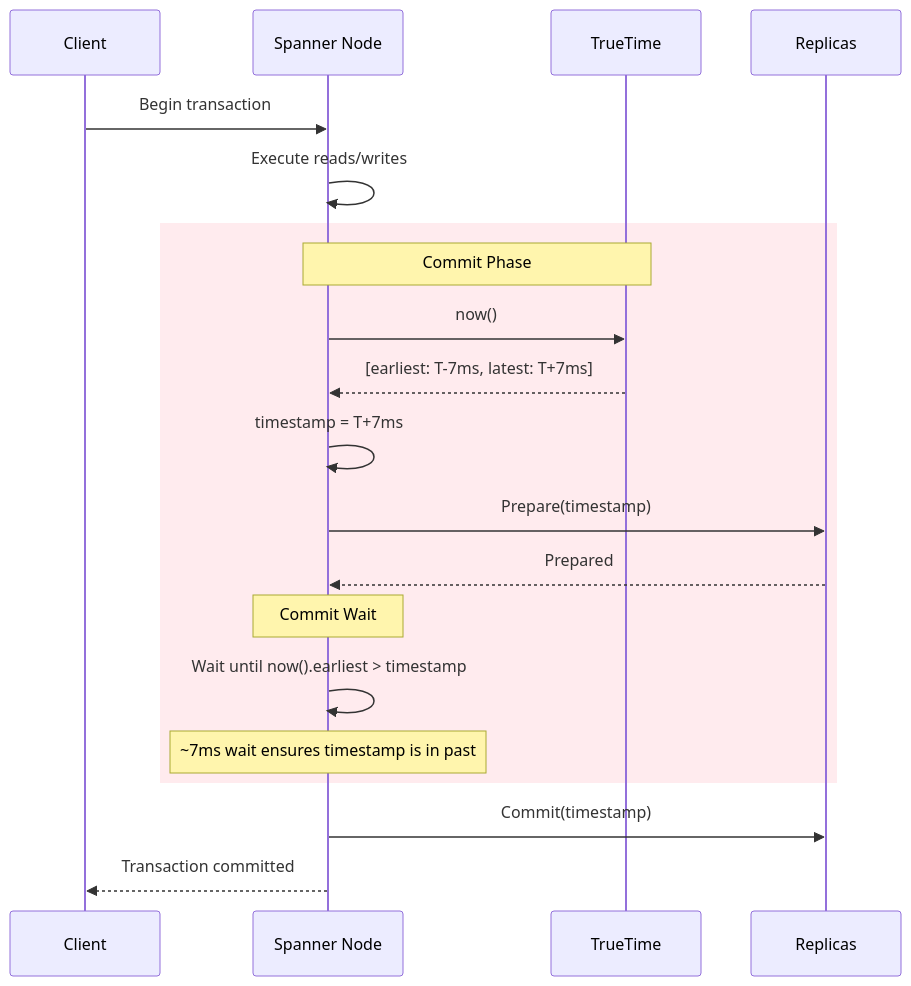
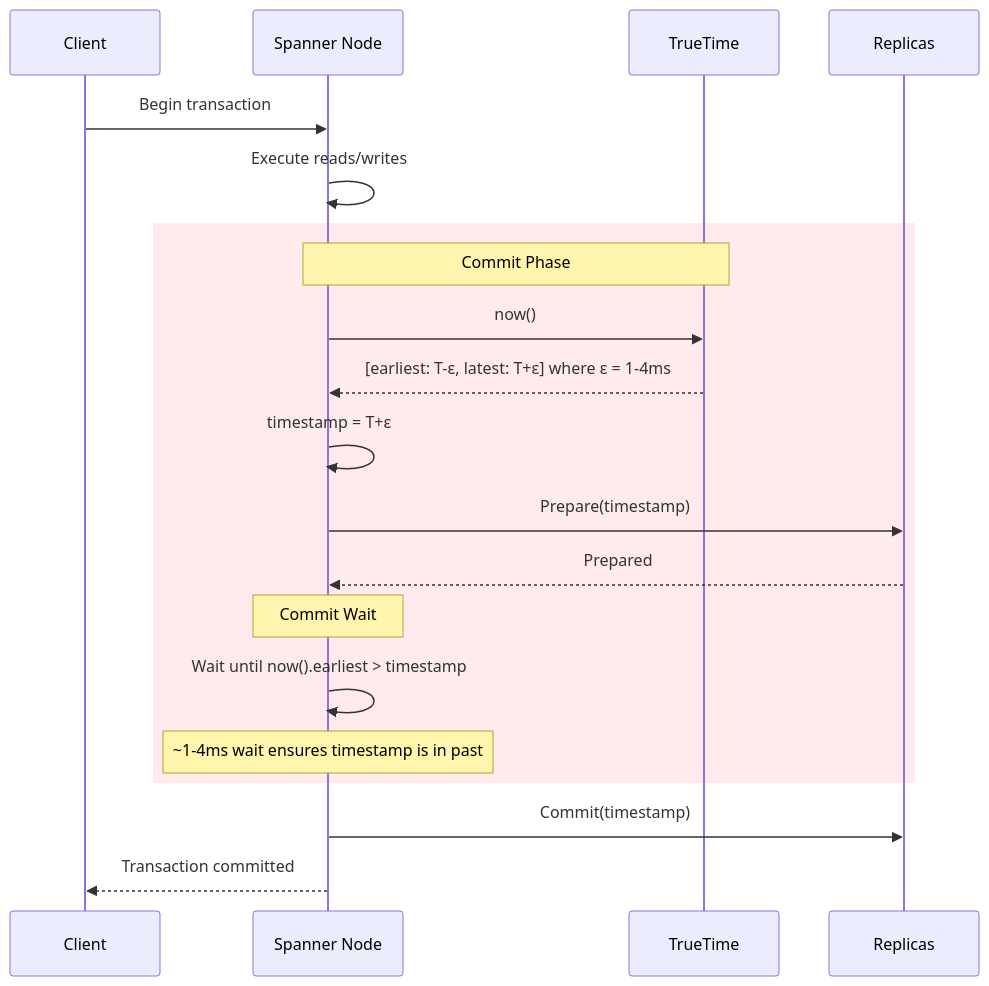
One commit to deepaucksharma/DStudio changed diagram 33 of 39 in docs/part2-pillars/truth/index.md. Above: the diagram before and after it, drawn with Mermaid. The commit also changed other lines of this file and 176 other files, not shown here.

````diff
--- a/docs/part2-pillars/truth/index.md
+++ b/docs/part2-pillars/truth/index.md
@@ -1267,26 +1267,26 @@
 ```mermaid
 sequenceDiagram
     participant C as Client
     participant S as Spanner Node
     participant TT as TrueTime
     participant R as Replicas
     
     C->>S: Begin transaction
     S->>S: Execute reads/writes
     
     rect rgb(255, 235, 238)
         Note over S,TT: Commit Phase
         S->>TT: now()
-        TT-->>S: [earliest: T-7ms, latest: T+7ms]
-        S->>S: timestamp = T+7ms
+        TT-->>S: [earliest: T-ε, latest: T+ε] where ε = 1-4ms
+        S->>S: timestamp = T+ε
         S->>R: Prepare(timestamp)
         R-->>S: Prepared
         
         Note over S: Commit Wait
         S->>S: Wait until now().earliest > timestamp
-        Note over S: ~7ms wait ensures timestamp is in past
+        Note over S: ~1-4ms wait ensures timestamp is in past
     end
     
     S->>R: Commit(timestamp)
     S-->>C: Transaction committed
 ```
````
